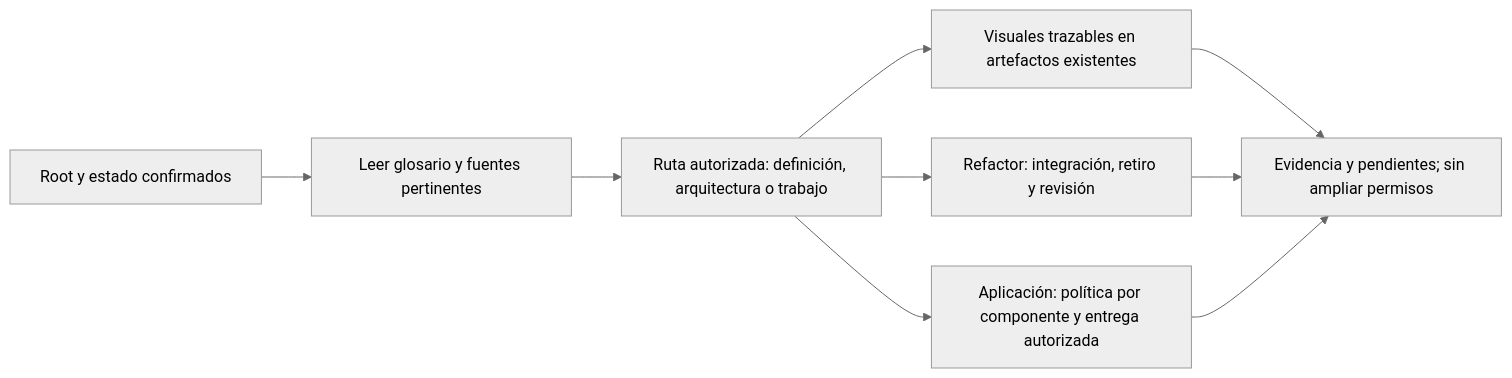
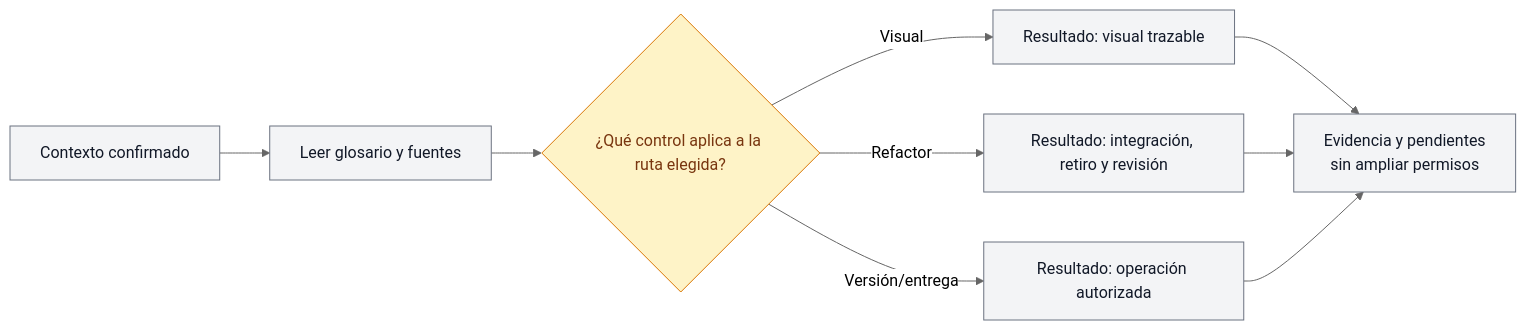
Before and after one commit to matgro/faro-suite-skills: the third of 3 diagrams in docs/flujo-faro/README.md, drawn with Mermaid (neutral theme). The commit also changed other lines of this file and 73 other files, not shown here.

````diff
--- a/docs/flujo-faro/README.md
+++ b/docs/flujo-faro/README.md
@@ -148,11 +179,15 @@
 ```mermaid
 flowchart LR
-    C0["Root y estado confirmados"] --> C1["Leer glosario y fuentes pertinentes"]
-    C1 --> C2["Ruta autorizada: definición, arquitectura o trabajo"]
-    C2 --> C3["Visuales trazables en artefactos existentes"]
-    C2 --> C4["Refactor: integración, retiro y revisión"]
-    C2 --> C5["Aplicación: política por componente y entrega autorizada"]
-    C3 --> C6["Evidencia y pendientes; sin ampliar permisos"]
+    C0["Contexto confirmado"] --> C1["Leer glosario y fuentes"]
+    C1 --> C2{"¿Qué control aplica a la ruta elegida?"}
+    C2 -->|"Visual"| C3["Resultado: visual trazable"]
+    C2 -->|"Refactor"| C4["Resultado: integración, retiro y revisión"]
+    C2 -->|"Versión/entrega"| C5["Resultado: operación autorizada"]
+    C3 --> C6["Evidencia y pendientes\nsin ampliar permisos"]
     C4 --> C6
     C5 --> C6
+    classDef decision fill:#fef3c7,stroke:#d97706,color:#78350f
+    classDef result fill:#f3f4f6,stroke:#6b7280,color:#111827
+    class C2 decision
+    class C0,C1,C3,C4,C5,C6 result
 ```
````
